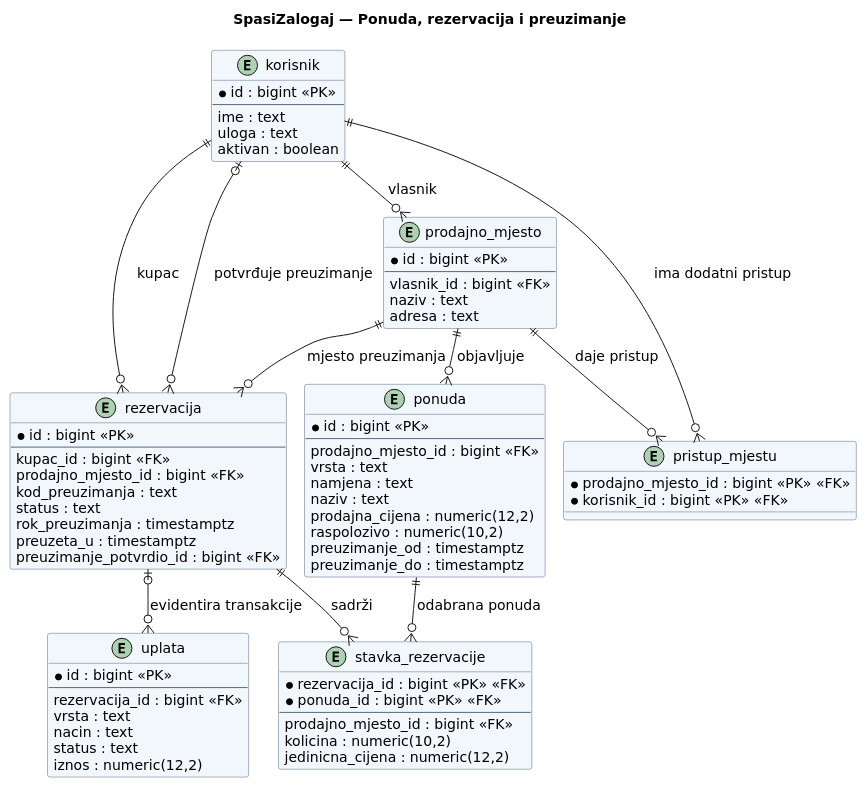
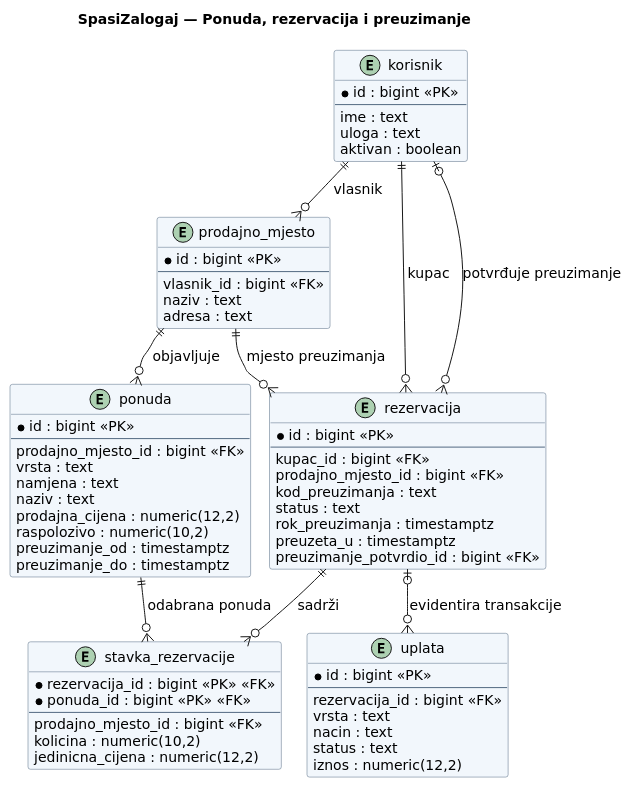
Before and after one commit to vz56677/zalogajcici: the diagram in docs/puml/4.3.1-spasizalogaj-ERD.puml, drawn with PlantUML. The commit also changed 3 other files, not shown here.

Commit message:
ukloni pristup_mjestu (zaposlenike PM)

```diff
--- a/docs/puml/4.3.1-spasizalogaj-ERD.puml
+++ b/docs/puml/4.3.1-spasizalogaj-ERD.puml
@@ -1,82 +1,77 @@
 @startuml
 !pragma layout smetana
 skinparam shadowing false
 skinparam defaultFontName DejaVu Sans
 skinparam defaultFontSize 14
 skinparam linetype polyline
 skinparam nodesep 42
 skinparam ranksep 52
 skinparam backgroundColor #FFFFFF
 skinparam classBackgroundColor #F2F7FC
 skinparam classBorderColor #526981
 top to bottom direction
 title SpasiZalogaj — Ponuda, rezervacija i preuzimanje
 entity "korisnik" {
   * id : bigint <<PK>>
   --
     ime : text
     uloga : text
     aktivan : boolean
 }
 entity "prodajno_mjesto" {
   * id : bigint <<PK>>
   --
     vlasnik_id : bigint <<FK>>
     naziv : text
     adresa : text
 }
 entity "ponuda" {
   * id : bigint <<PK>>
   --
     prodajno_mjesto_id : bigint <<FK>>
     vrsta : text
     namjena : text
     naziv : text
     prodajna_cijena : numeric(12,2)
     raspolozivo : numeric(10,2)
     preuzimanje_od : timestamptz
     preuzimanje_do : timestamptz
 }
 entity "rezervacija" {
   * id : bigint <<PK>>
   --
     kupac_id : bigint <<FK>>
     prodajno_mjesto_id : bigint <<FK>>
     kod_preuzimanja : text
     status : text
     rok_preuzimanja : timestamptz
     preuzeta_u : timestamptz
     preuzimanje_potvrdio_id : bigint <<FK>>
 }
 entity "stavka_rezervacije" {
   * rezervacija_id : bigint <<PK>> <<FK>>
   * ponuda_id : bigint <<PK>> <<FK>>
   --
     prodajno_mjesto_id : bigint <<FK>>
     kolicina : numeric(10,2)
     jedinicna_cijena : numeric(12,2)
 }
-entity "pristup_mjestu" {
-  * prodajno_mjesto_id : bigint <<PK>> <<FK>>
-  * korisnik_id : bigint <<PK>> <<FK>>
-}
+
 entity "uplata" {
   * id : bigint <<PK>>
   --
     rezervacija_id : bigint <<FK>>
     vrsta : text
     nacin : text
     status : text
     iznos : numeric(12,2)
 }
 korisnik ||--o{ prodajno_mjesto : vlasnik
 korisnik ||--o{ rezervacija : kupac
 korisnik |o--o{ rezervacija : potvrđuje preuzimanje
 prodajno_mjesto ||--o{ rezervacija : mjesto preuzimanja
 prodajno_mjesto ||--o{ ponuda : objavljuje
 ponuda ||--o{ stavka_rezervacije : odabrana ponuda
 rezervacija ||--o{ stavka_rezervacije : sadrži
-korisnik ||--o{ pristup_mjestu : ima dodatni pristup
-prodajno_mjesto ||--o{ pristup_mjestu : daje pristup
 rezervacija |o--o{ uplata : evidentira transakcije
 @enduml
```
